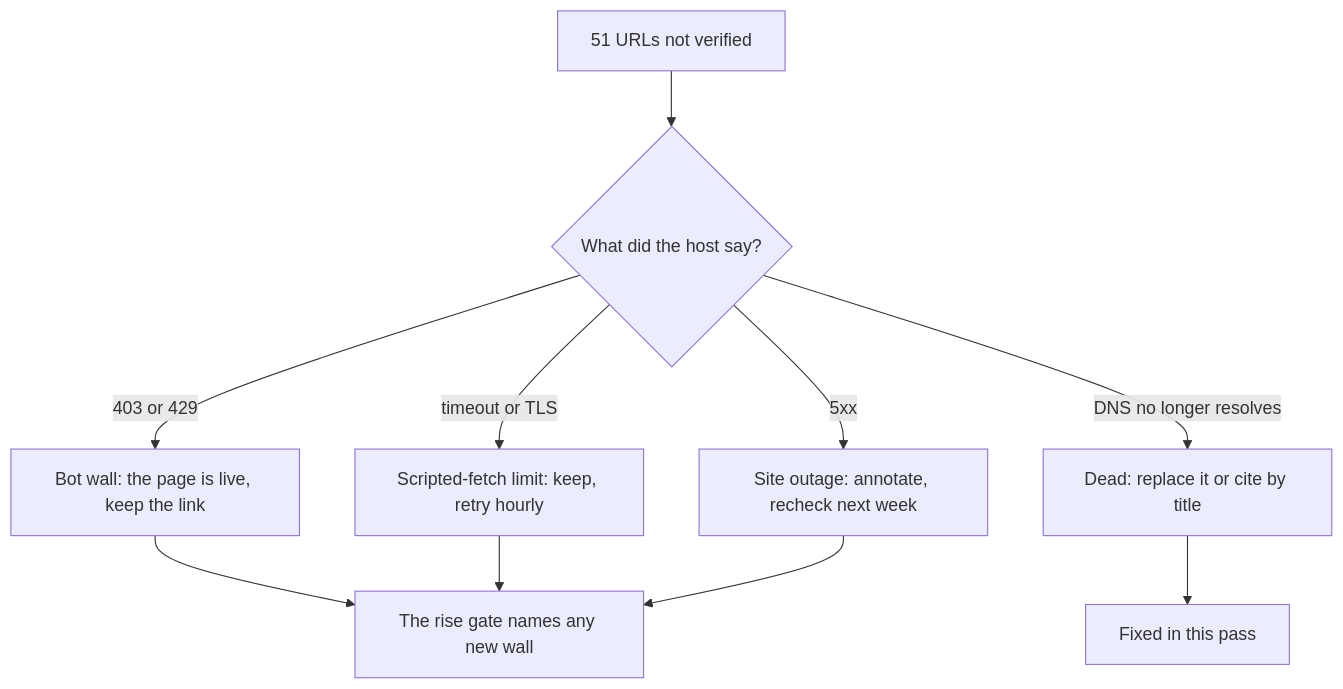
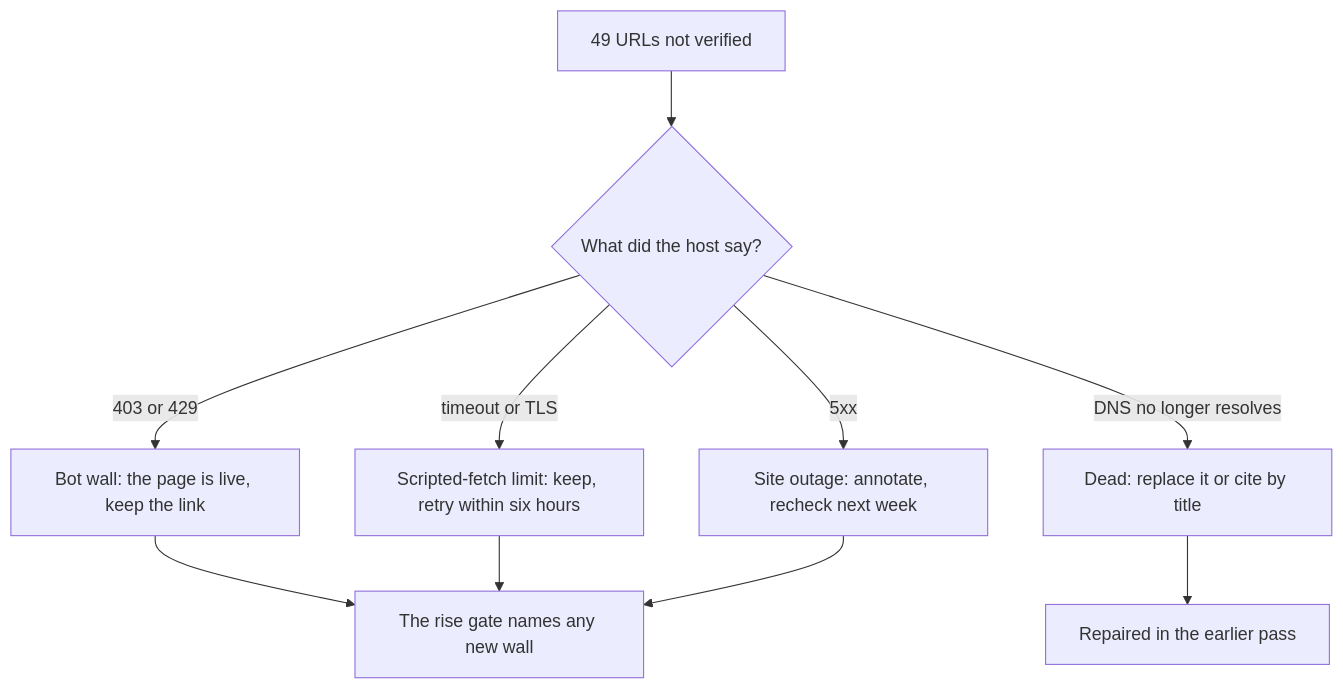
Before and after one commit to TLE47/Mechatronics-Roadmap: the diagram in docs/UNVERIFIED_CITATIONS.md, drawn with Mermaid. The commit also changed other lines of this file and 2 other files, not shown here.

Commit message:
Reconcile the triage totals and refuse a sweep row that does not add up

````diff
--- a/docs/UNVERIFIED_CITATIONS.md
+++ b/docs/UNVERIFIED_CITATIONS.md
@@ -7,12 +12,12 @@
 ```mermaid
 flowchart TD
-    A[51 URLs not verified] --> B{What did the host say?}
+    A[49 URLs not verified] --> B{What did the host say?}
     B -->|403 or 429| C[Bot wall: the page is live, keep the link]
-    B -->|timeout or TLS| D[Scripted-fetch limit: keep, retry hourly]
+    B -->|timeout or TLS| D[Scripted-fetch limit: keep, retry within six hours]
     B -->|DNS no longer resolves| E[Dead: replace it or cite by title]
     B -->|5xx| F[Site outage: annotate, recheck next week]
     C --> G[The rise gate names any new wall]
     D --> G
-    E --> H[Fixed in this pass]
+    E --> H[Repaired in the earlier pass]
     F --> G
 ```
````
